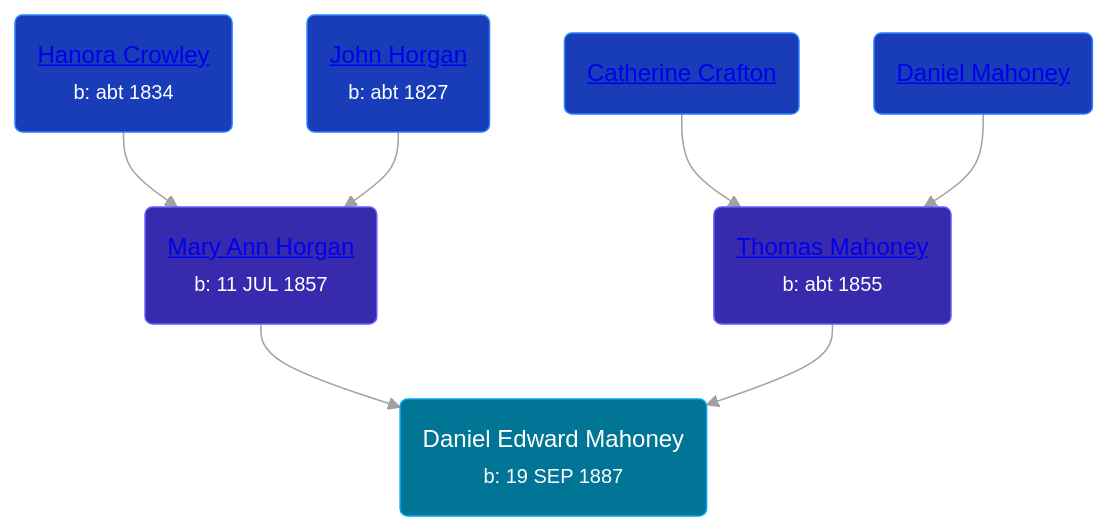
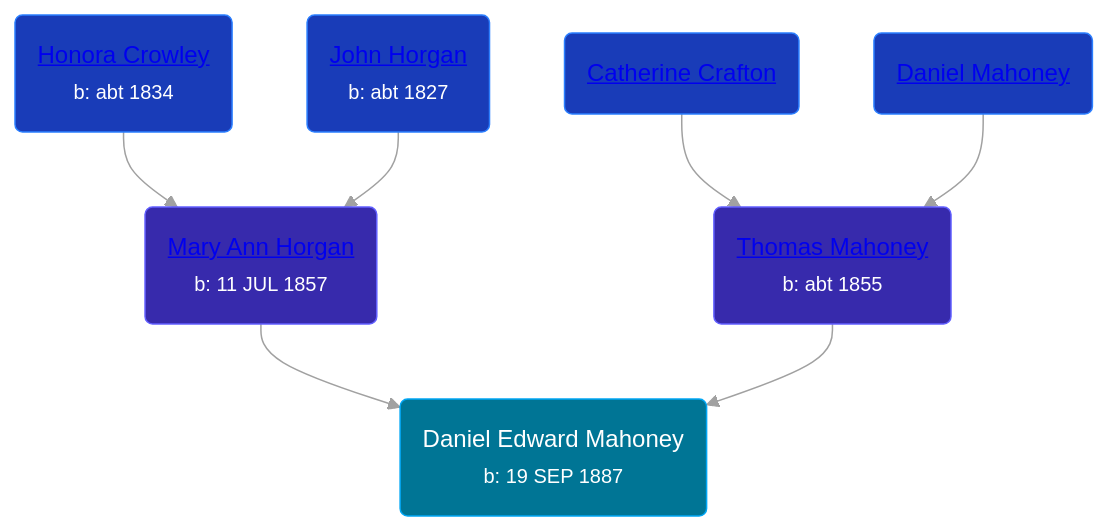
Before and after one commit to wpmgotkh/wpmgotkh.github.io: the diagram in pages/people/2/24117676.md, drawn with Mermaid. The commit also changed 257 other files, not shown here.

````diff
--- a/pages/people/2/24117676.md
+++ b/pages/people/2/24117676.md
@@ -10,14 +10,14 @@
 ```mermaid
 graph
 classDef grands fill:#193cb8,stroke:#2b7fff,stroke-width:1px,color:#fff;
 classDef parents fill:#372aac,stroke:#615fff,stroke-width:1px,color:#fff;
 classDef primary fill:#007595,stroke:#00a6f4,stroke-width:1px,color:#fff;
 24117676(Daniel Edward Mahoney<br /><small>b: 19 SEP 1887</small>):::primary
 90749846(<a class="text-white" href="/people/9/90749846">Mary Ann Horgan</a><br /><small>b: 11 JUL 1857</small>):::parents-->24117676
-72193795(<a class="text-white" href="/people/7/72193795">Hanora Crowley</a><br /><small>b: abt 1834</small>):::grands-->90749846
+72193795(<a class="text-white" href="/people/7/72193795">Honora Crowley</a><br /><small>b: abt 1834</small>):::grands-->90749846
 54161773(<a class="text-white" href="/people/5/54161773">John Horgan</a><br /><small>b: abt 1827</small>):::grands-->90749846
 41476460(<a class="text-white" href="/people/4/41476460">Thomas Mahoney</a><br /><small>b: abt 1855</small>):::parents-->24117676
 61573710(<a class="text-white" href="/people/6/61573710">Catherine Crafton</a>):::grands-->41476460
 8119607(<a class="text-white" href="/people/8/8119607">Daniel Mahoney</a>):::grands-->41476460
 linkStyle default stroke:#a1a1a1
 ```
````
